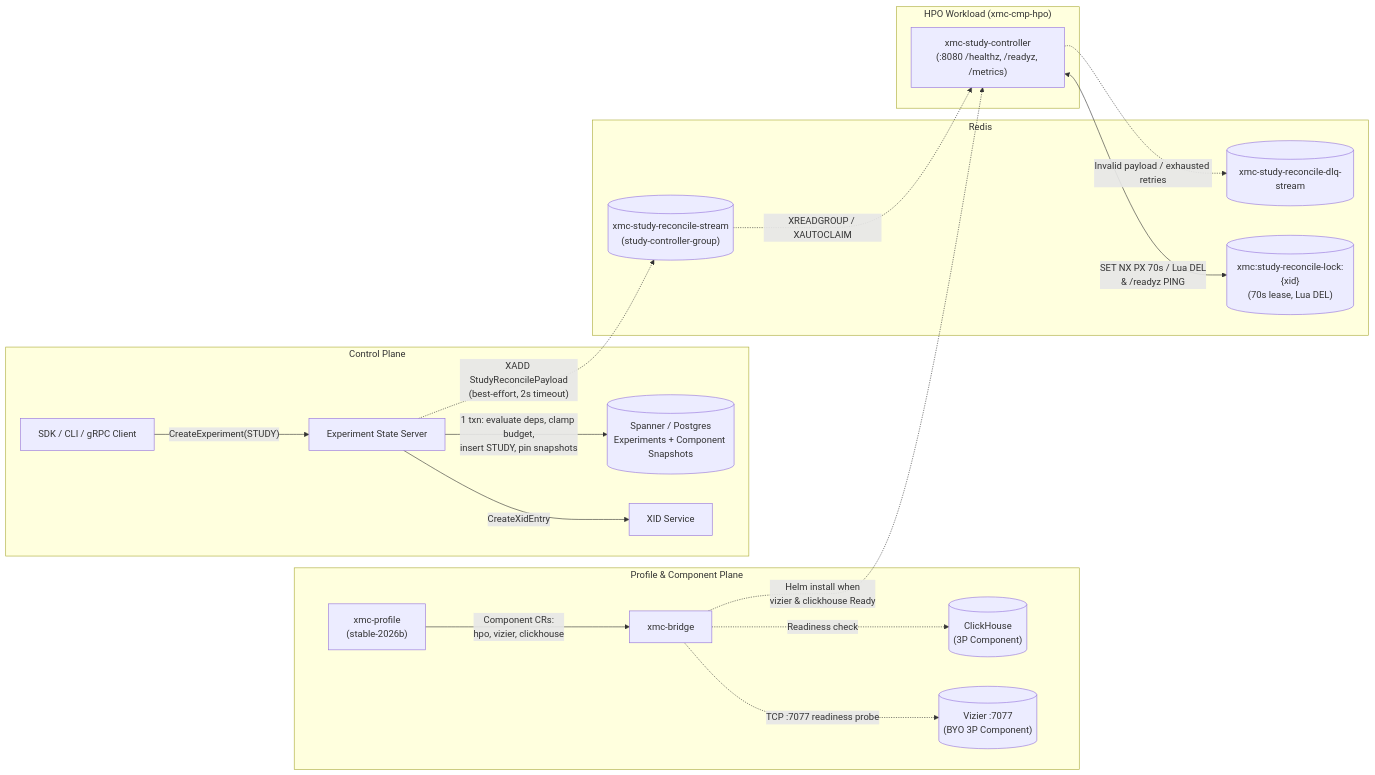
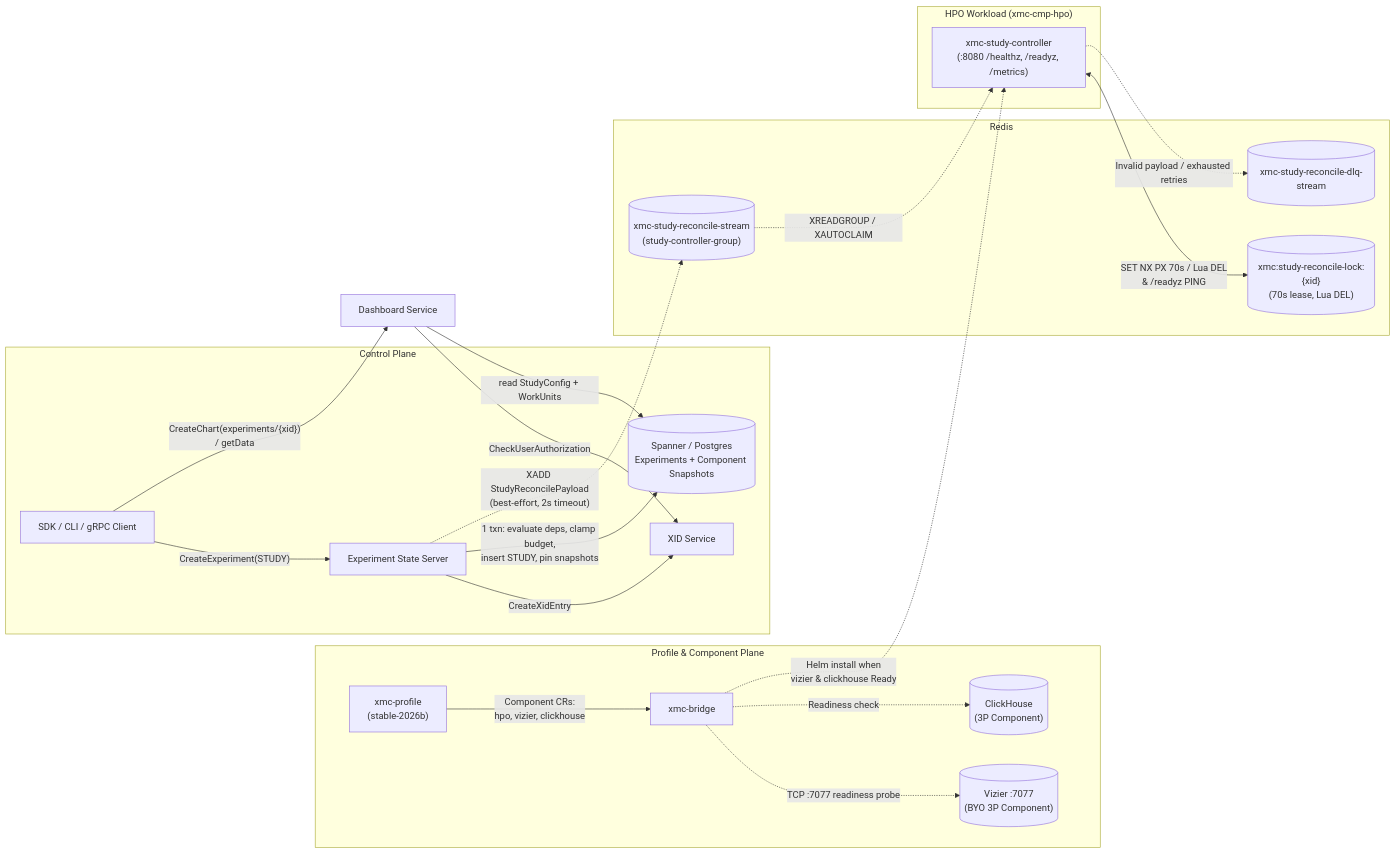
Before and after one commit to 0xABCD01/xmc: the first of 3 diagrams in docs/flows/study_lifecycle.md, drawn with Mermaid. The commit also changed other lines of this file and 12 other files, not shown here.

First line of the commit message:
feat(dashboard): serve parallel-coordinates data for study charts

````diff
--- a/docs/flows/study_lifecycle.md
+++ b/docs/flows/study_lifecycle.md
@@ -27,40 +27,46 @@
 ```mermaid
 flowchart LR
     subgraph Admin["Profile & Component Plane"]
         Prof["xmc-profile<br/>(stable-2026b)"]
         Bridge["xmc-bridge"]
         Viz[("Vizier :7077<br/>(BYO 3P Component)")]
         CH[("ClickHouse<br/>(3P Component)")]
     end
 
     subgraph Control["Control Plane"]
         Client["SDK / CLI / gRPC Client"]
         ESS["Experiment State Server"]
         XID["XID Service"]
         DB[("Spanner / Postgres<br/>Experiments + Component Snapshots")]
     end
 
     subgraph Bus["Redis"]
         Stream[("xmc-study-reconcile-stream<br/>(study-controller-group)")]
         Lock[("xmc:study-reconcile-lock:{xid}<br/>(70s lease, Lua DEL)")]
         DLQ[("xmc-study-reconcile-dlq-stream")]
     end
 
     subgraph HPO["HPO Workload (xmc-cmp-hpo)"]
         SC["xmc-study-controller<br/>(:8080 /healthz, /readyz, /metrics)"]
     end
 
+    DS["Dashboard Service"]
+
     Prof -->|"Component CRs:<br/>hpo, vizier, clickhouse"| Bridge
     Bridge -.->|"TCP :7077 readiness probe"| Viz
     Bridge -.->|"Readiness check"| CH
     Bridge -.->|"Helm install when<br/>vizier & clickhouse Ready"| SC
 
     Client -->|"CreateExperiment(STUDY)"| ESS
     ESS -->|"CreateXidEntry"| XID
     ESS -->|"1 txn: evaluate deps, clamp budget,<br/>insert STUDY, pin snapshots"| DB
     ESS -.->|"XADD StudyReconcilePayload<br/>(best-effort, 2s timeout)"| Stream
 
     Stream -.->|"XREADGROUP / XAUTOCLAIM"| SC
     SC <-->|"SET NX PX 70s / Lua DEL<br/>& /readyz PING"| Lock
     SC -.->|"Invalid payload / exhausted retries"| DLQ
+
+    Client -->|"CreateChart(experiments/{xid})<br/>/ getData"| DS
+    DS -->|"CheckUserAuthorization"| XID
+    DS -->|"read StudyConfig + WorkUnits"| DB
 ```
````
